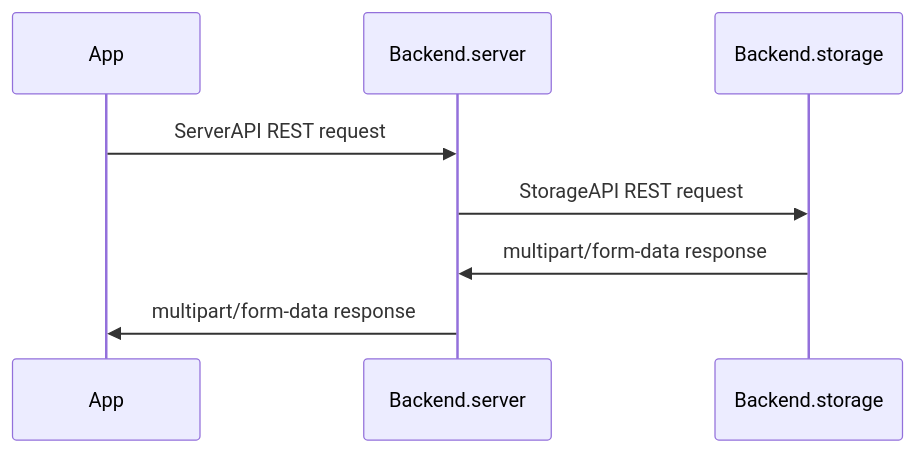
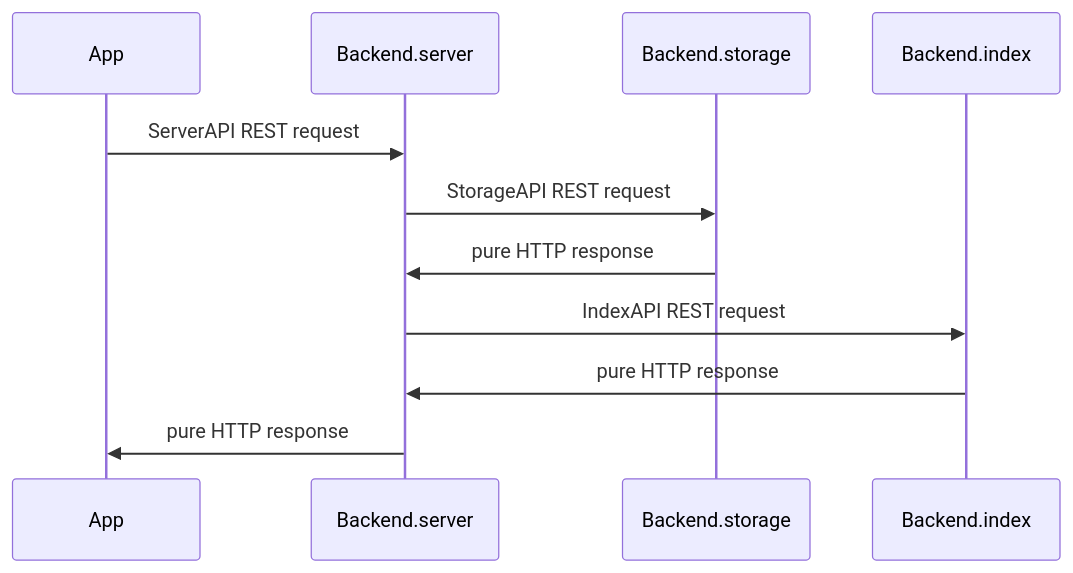
The third of 7 diagrams in README.md (funduck/modular-notes), drawn with Mermaid before and after one commit. The commit also changed other lines of this file and 4 other files, not shown here.

Commit message:
SERVER INDEX STORAGE done

````diff
--- a/README.md
+++ b/README.md
@@ -40,7 +41,9 @@
 ```mermaid
 sequenceDiagram
     App->>Backend.server: ServerAPI REST request
     Backend.server->>Backend.storage: StorageAPI REST request
-    Backend.storage->>Backend.server: multipart/form-data response
-    Backend.server->>App: multipart/form-data response
+    Backend.storage->>Backend.server: pure HTTP response
+    Backend.server->>Backend.index: IndexAPI REST request
+    Backend.index->>Backend.server: pure HTTP response
+    Backend.server->>App: pure HTTP response
 ```
````
